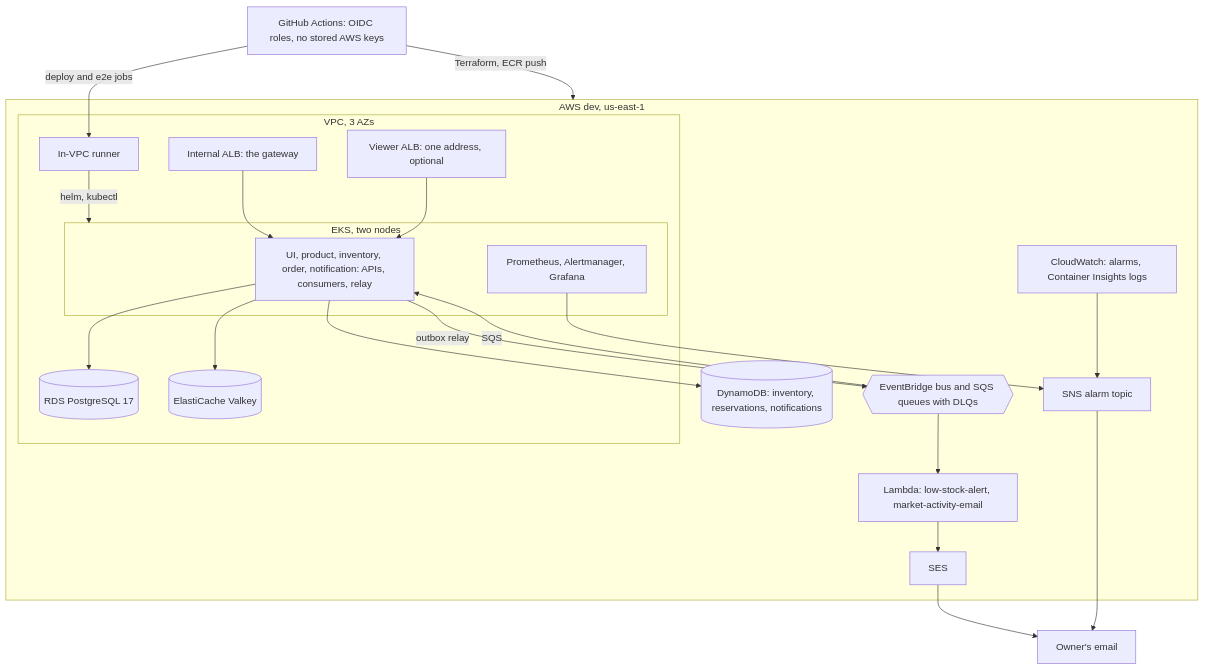
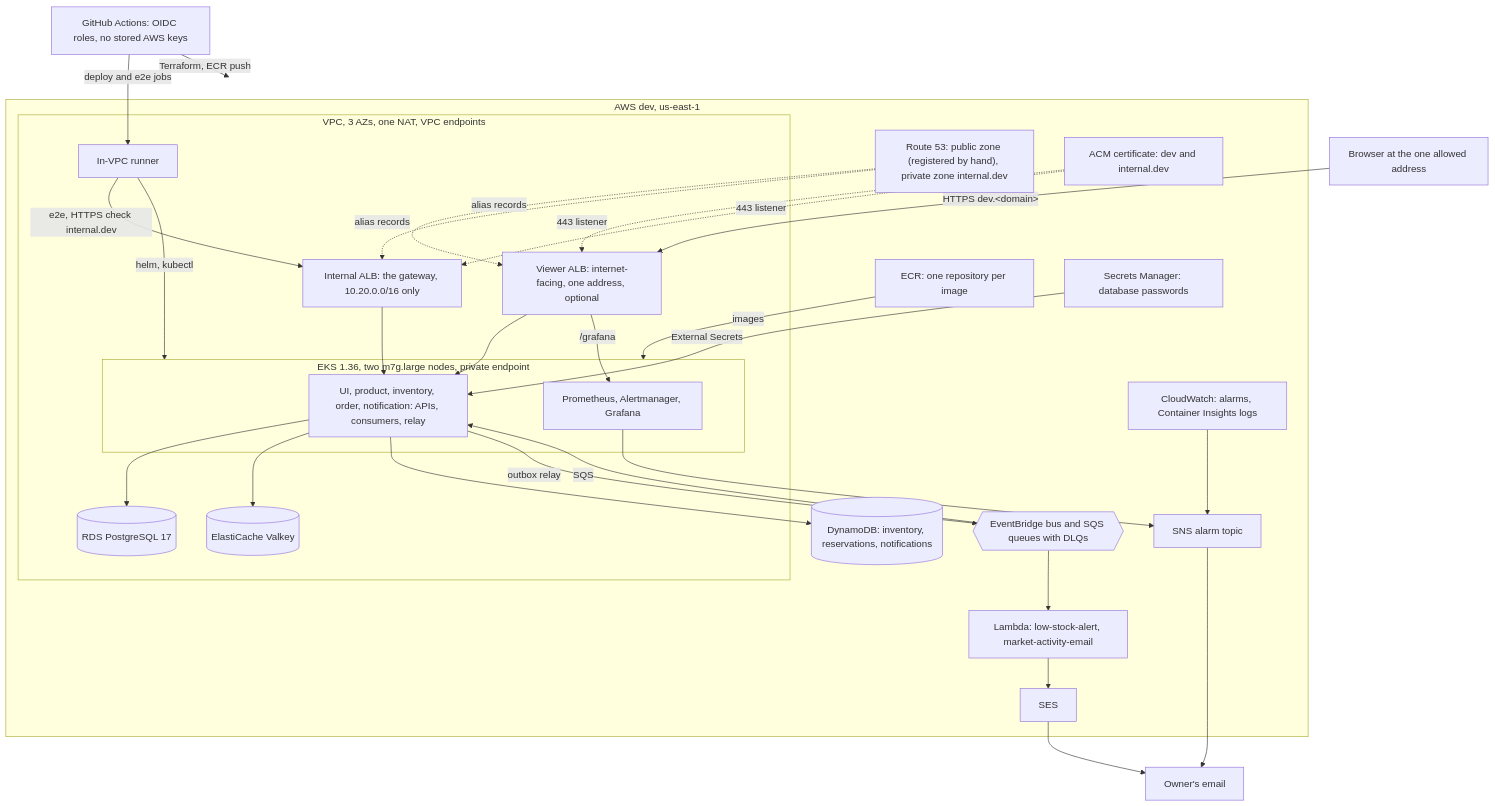
The third of 4 diagrams in docs/DESIGN.md (loriamichaelj/cloud-punks), drawn with Mermaid before and after one commit. The commit also changed other lines of this file and 3 other files, not shown here.

First line of the commit message:
Docs: diagrams and text brought in line with the current build

````diff
--- a/docs/DESIGN.md
+++ b/docs/DESIGN.md
@@ -712,38 +718,51 @@
 ```mermaid
 flowchart TB
   gh["GitHub Actions: OIDC roles, no stored AWS keys"] -->|"Terraform, ECR push"| cloud
   gh -->|"deploy and e2e jobs"| runner
+  viewer["Browser at the one allowed address"] -->|"HTTPS dev.#lt;domain#gt;"| pub
   subgraph cloud["AWS dev, us-east-1"]
-    subgraph vpc["VPC, 3 AZs"]
-      alb["Internal ALB: the gateway"]
-      pub["Viewer ALB: one address, optional"]
+    r53["Route 53: public zone (registered by hand), private zone internal.dev"]
+    acm["ACM certificate: dev and internal.dev"]
+    subgraph vpc["VPC, 3 AZs, one NAT, VPC endpoints"]
+      pub["Viewer ALB: internet-facing, one address, optional"]
+      alb["Internal ALB: the gateway, 10.20.0.0/16 only"]
       runner["In-VPC runner"]
-      subgraph eks["EKS, two nodes"]
+      subgraph eks["EKS 1.36, two m7g.large nodes, private endpoint"]
         apps["UI, product, inventory, order, notification: APIs, consumers, relay"]
         mon["Prometheus, Alertmanager, Grafana"]
       end
       rds[("RDS PostgreSQL 17")]
       cache[("ElastiCache Valkey")]
     end
+    ecr["ECR: one repository per image"]
+    sm["Secrets Manager: database passwords"]
     ddb[("DynamoDB: inventory, reservations, notifications")]
     bus{{"EventBridge bus and SQS queues with DLQs"}}
     fn["Lambda: low-stock-alert, market-activity-email"]
     ses["SES"]
     sns["SNS alarm topic"]
     cw["CloudWatch: alarms, Container Insights logs"]
   end
   runner -->|"helm, kubectl"| eks
+  runner -->|"e2e, HTTPS check internal.dev"| alb
+  r53 -. "alias records" .-> pub
+  r53 -. "alias records" .-> alb
+  acm -. "443 listener" .-> pub
+  acm -. "443 listener" .-> alb
   alb --> apps
   pub --> apps
+  pub -->|"/grafana"| mon
+  ecr -->|"images"| eks
+  sm -->|"External Secrets"| apps
   apps --> rds
   apps --> cache
   apps --> ddb
   apps -->|"outbox relay"| bus
   bus -->|"SQS"| apps
   bus --> fn
   fn --> ses
   cw --> sns
   mon --> sns
   sns --> mail["Owner's email"]
   ses --> mail
 ```
````
